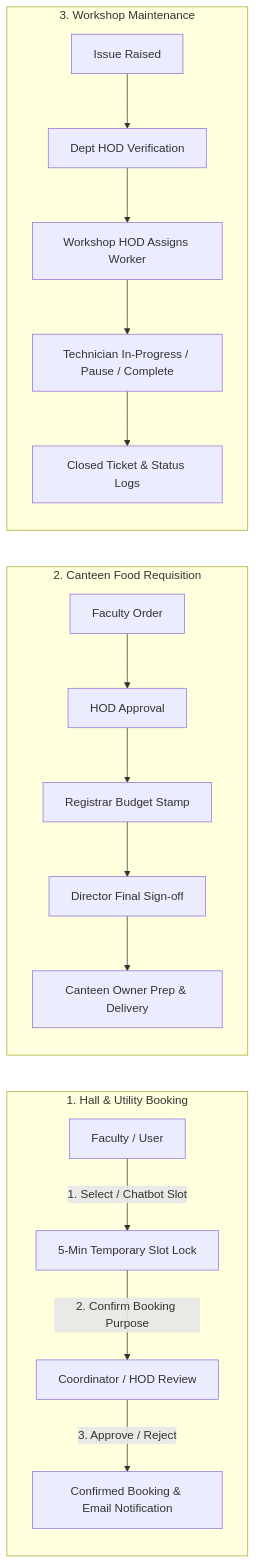
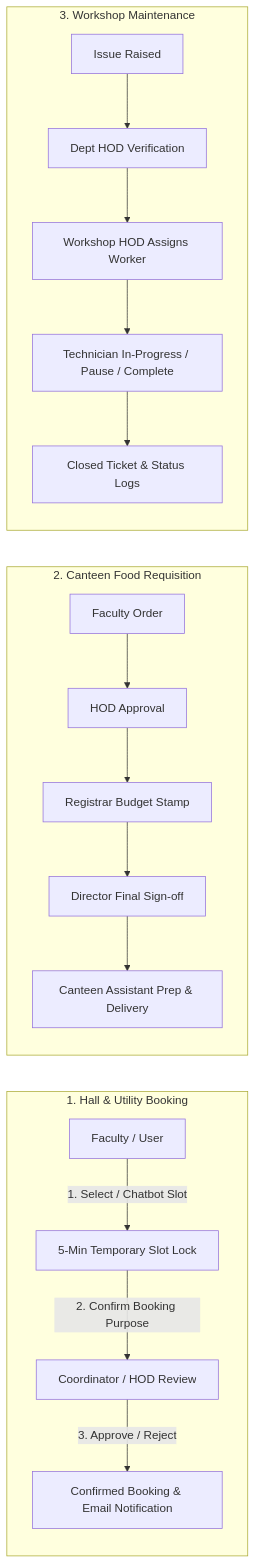
One commit to samadhanmane/BookMyHall changed the second of 2 diagrams in README.md. Above: the diagram before and after it, drawn with Mermaid. The commit also changed other lines of this file and 2 other files, not shown here.

Commit message:
Update login demo credentials to match database test accounts and remove canteen chef role

````diff
--- a/README.md
+++ b/README.md
@@ -62,22 +62,22 @@
 ```mermaid
 flowchart LR
     subgraph 1. Hall & Utility Booking
         F1[Faculty / User] -->|1. Select / Chatbot Slot| L1[5-Min Temporary Slot Lock]
         L1 -->|2. Confirm Booking Purpose| C1[Coordinator / HOD Review]
         C1 -->|3. Approve / Reject| S1[Confirmed Booking & Email Notification]
     end
 
     subgraph 2. Canteen Food Requisition
         F2[Faculty Order] --> H2[HOD Approval]
         H2 --> R2[Registrar Budget Stamp]
         R2 --> D2[Director Final Sign-off]
-        D2 --> CO2[Canteen Owner Prep & Delivery]
+        D2 --> CO2[Canteen Assistant Prep & Delivery]
     end
 
     subgraph 3. Workshop Maintenance
         F3[Issue Raised] --> H3[Dept HOD Verification]
         H3 --> WH3[Workshop HOD Assigns Worker]
         WH3 --> W3[Technician In-Progress / Pause / Complete]
         W3 --> CL3[Closed Ticket & Status Logs]
     end
 ```
````
